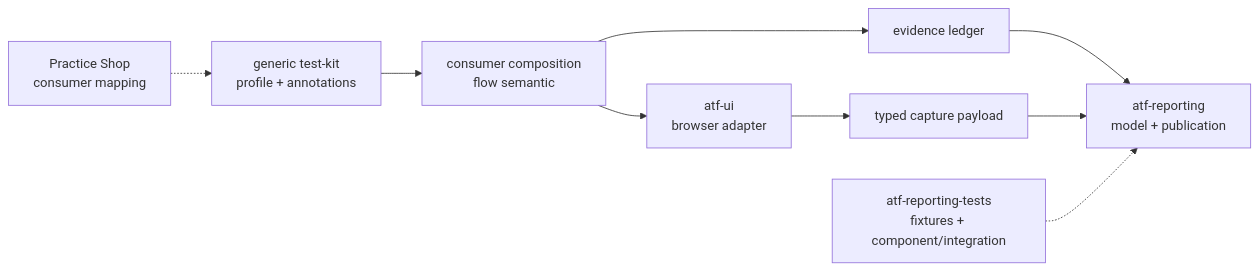
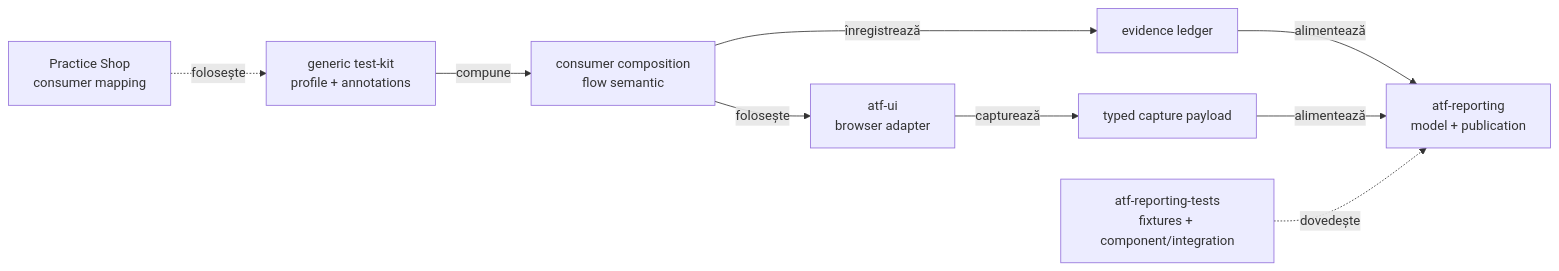
One commit to crististefanita/demo2 changed the second of 3 diagrams in docs/ATF_Evidence_Capture_Contract.md. Above: the diagram before and after it, drawn with Mermaid. The commit also changed other lines of this file and 52 other files, not shown here.

Commit message:
Expand Java ATF reporting diagnostics and documentation

````diff
--- a/docs/ATF_Evidence_Capture_Contract.md
+++ b/docs/ATF_Evidence_Capture_Contract.md
@@ -82,11 +82,11 @@
 ```mermaid
 flowchart LR
-    TestKit[generic test-kit<br/>profile + annotations] --> Consumer[consumer composition<br/>flow semantic]
-    Consumer --> Ui[atf-ui<br/>browser adapter]
-    Consumer --> Ledger[evidence ledger]
-    Ui --> Capture[typed capture payload]
-    Ledger --> Reporting[atf-reporting<br/>model + publication]
-    Capture --> Reporting
-    ReportingTests[atf-reporting-tests<br/>fixtures + component/integration] -.-> Reporting
-    PracticeShop[Practice Shop<br/>consumer mapping] -.-> TestKit
+    TestKit[generic test-kit<br/>profile + annotations] -->|compune| Consumer[consumer composition<br/>flow semantic]
+    Consumer -->|folosește| Ui[atf-ui<br/>browser adapter]
+    Consumer -->|înregistrează| Ledger[evidence ledger]
+    Ui -->|capturează| Capture[typed capture payload]
+    Ledger -->|alimentează| Reporting[atf-reporting<br/>model + publication]
+    Capture -->|alimentează| Reporting
+    ReportingTests[atf-reporting-tests<br/>fixtures + component/integration] -. dovedește .-> Reporting
+    PracticeShop[Practice Shop<br/>consumer mapping] -. folosește .-> TestKit
 ```
````
